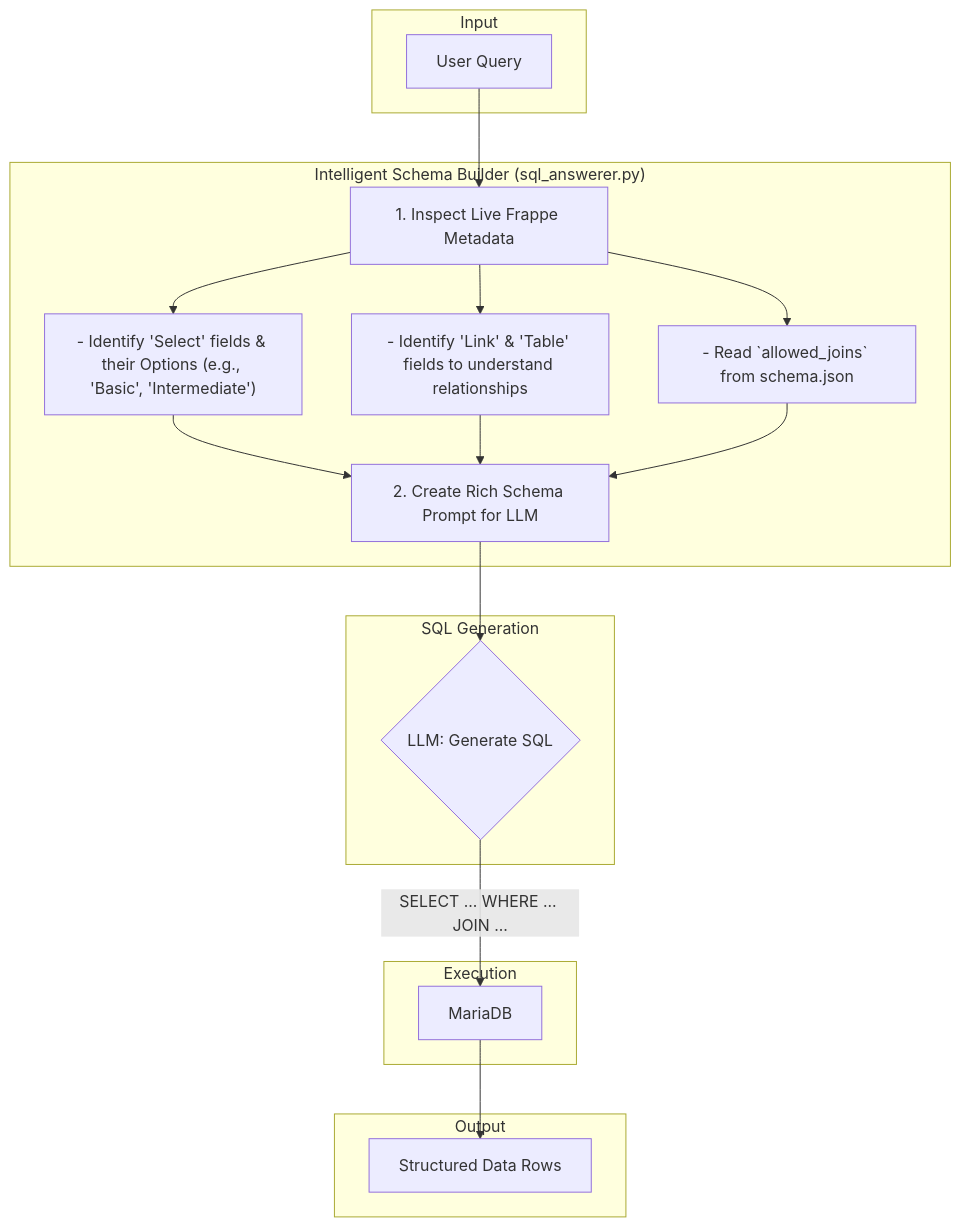
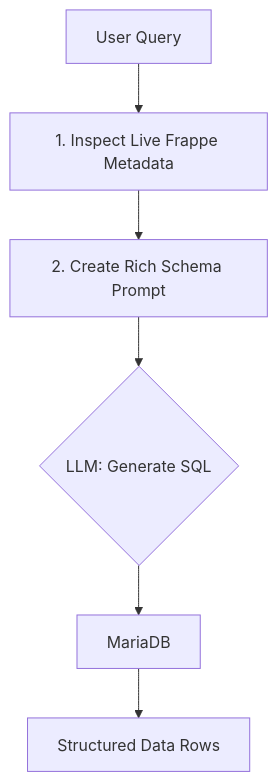
The second of 3 diagrams in README.md (theapprenticeproject/Ai), drawn with Mermaid before and after one commit. The commit also changed other lines of this file, not shown here.

````diff
--- a/README.md
+++ b/README.md
@@ -77,33 +140,8 @@
 ```mermaid
 graph TD
-    subgraph "Input"
-        A[User Query]
-    end
-
-    subgraph "Intelligent Schema Builder (sql_answerer.py)"
-        B["1. Inspect Live Frappe Metadata"]
-        B1["- Identify 'Select' fields & their Options (e.g., 'Basic', 'Intermediate')"]
-        B2["- Identify 'Link' & 'Table' fields to understand relationships"]
-        B3["- Read `allowed_joins` from schema.json"]
-        B --> B1 & B2 & B3
-        C["2. Create Rich Schema Prompt for LLM"]
-        B1 & B2 & B3 --> C
-    end
-
-    subgraph "SQL Generation"
-        D{LLM: Generate SQL}
-        C --> D
-    end
-
-    subgraph "Execution"
-        E[MariaDB]
-        D -- "SELECT ... WHERE ... JOIN ..." --> E
-    end
-    
-    subgraph "Output"
-        F[Structured Data Rows]
-        E --> F
-    end
-
-    A --> B
+    A[User Query] --> B["1. Inspect Live Frappe Metadata"]
+    B --> C["2. Create Rich Schema Prompt"]
+    C --> D{LLM: Generate SQL}
+    D --> E[MariaDB]
+    E --> F[Structured Data Rows]
 ```
````
